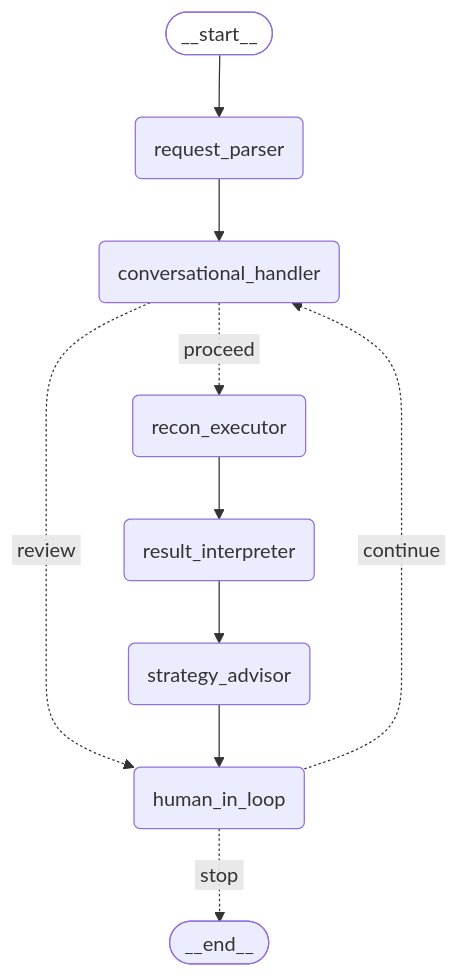
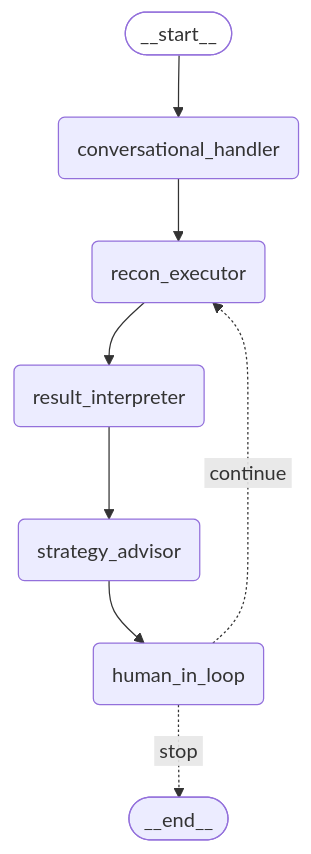
The diagram in README.md (vksundararajan/AdaptiveFuzz), drawn with Mermaid before and after one commit. The commit also changed other lines of this file and 13 other files, not shown here.

Commit message:
[CHORE] Refactor AdaptiveFuzz architecture

````diff
--- a/README.md
+++ b/README.md
@@ -11,28 +11,25 @@
 ```mermaid
 ---
 config:
   flowchart:
     curve: CARDINAL
 ---
 graph TD;
 	__start__([<p>__start__</p>]):::first
-	request_parser(request_parser)
 	conversational_handler(conversational_handler)
 	recon_executor(recon_executor)
 	result_interpreter(result_interpreter)
 	strategy_advisor(strategy_advisor)
 	human_in_loop(human_in_loop)
 	__end__([<p>__end__</p>]):::last
-	__start__ --> request_parser;
-	conversational_handler -. &nbsp;review&nbsp; .-> human_in_loop;
-	conversational_handler -. &nbsp;proceed&nbsp; .-> recon_executor;
+	__start__ --> conversational_handler;
+	conversational_handler --> recon_executor;
 	human_in_loop -. &nbsp;stop&nbsp; .-> __end__;
-	human_in_loop -. &nbsp;continue&nbsp; .-> conversational_handler;
+	human_in_loop -. &nbsp;continue&nbsp; .-> recon_executor;
 	recon_executor --> result_interpreter;
-	request_parser --> conversational_handler;
 	result_interpreter --> strategy_advisor;
 	strategy_advisor --> human_in_loop;
 	classDef default fill:,line-height:1.2
 	classDef first fill-opacity:0
 	classDef last fill:
 ```
````
